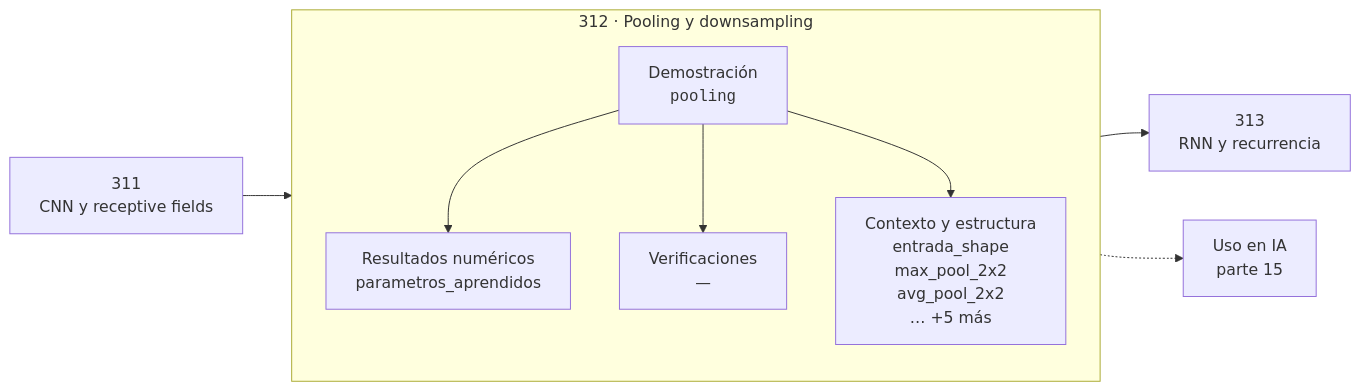
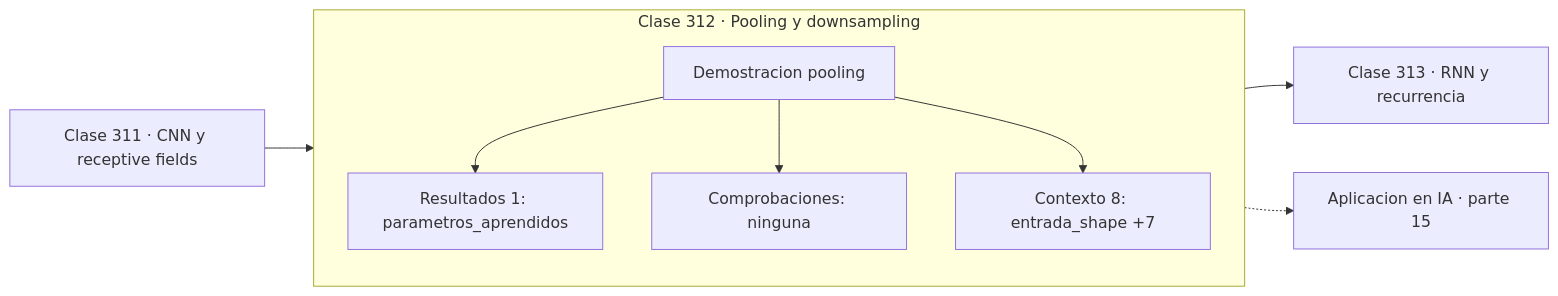
One commit to vladimiracunadev-create/computational-mathematics-program changed the diagram in classes/part-15-matematica-de-deep-learning/312-pooling-y-downsampling/README.md. Above: the diagram before and after it, drawn with Mermaid. The commit also changed 389 other files, not shown here.

First line of the commit message:
fix(diagramas): elimina el HTML de las etiquetas Mermaid

````diff
--- a/classes/part-15-matematica-de-deep-learning/312-pooling-y-downsampling/README.md
+++ b/classes/part-15-matematica-de-deep-learning/312-pooling-y-downsampling/README.md
@@ -30,12 +30,13 @@
 ```mermaid
 flowchart LR
-    P["311<br/>CNN y receptive fields"] --> C
-    subgraph C["312 · Pooling y downsampling"]
+    P["Clase 311 · CNN y receptive fields"] --> D
+    subgraph CLASE["Clase 312 · Pooling y downsampling"]
         direction TB
-        D["Demostración<br/><code>pooling</code>"] --> R["Resultados numéricos<br/>parametros_aprendidos"]
-        D --> V["Verificaciones<br/>—"]
-        D --> O["Contexto y estructura<br/>entrada_shape<br/>max_pool_2x2<br/>avg_pool_2x2<br/>… +5 más"]
+        D["Demostracion pooling"]
+        D --> R["Resultados 1: parametros_aprendidos"]
+        D --> V["Comprobaciones: ninguna"]
+        D --> O["Contexto 8: entrada_shape +7"]
     end
-    C --> N["313<br/>RNN y recurrencia"]
-    C -.-> IA["Uso en IA<br/>parte 15"]
+    R --> N["Clase 313 · RNN y recurrencia"]
+    V -.-> IA["Aplicacion en IA · parte 15"]
 ```
````
